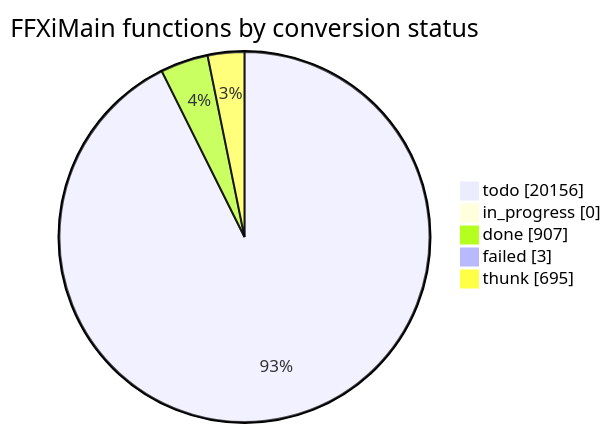
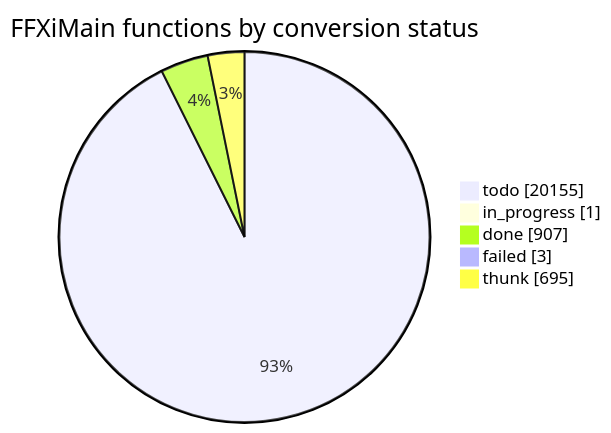
Before and after one commit to cowrevenge/cow_kuluu_xi_anything: the diagram in docs/cow/STATUS.md, drawn with Mermaid. The commit also changed other lines of this file and 7 other files, not shown here.

````diff
--- a/docs/cow/STATUS.md
+++ b/docs/cow/STATUS.md
@@ -18,9 +18,9 @@
 ```mermaid
 pie showData
     title FFXiMain functions by conversion status
-    "todo" : 20156
-    "in_progress" : 0
+    "todo" : 20155
+    "in_progress" : 1
     "done" : 907
     "failed" : 3
     "thunk" : 695
 ```
````
